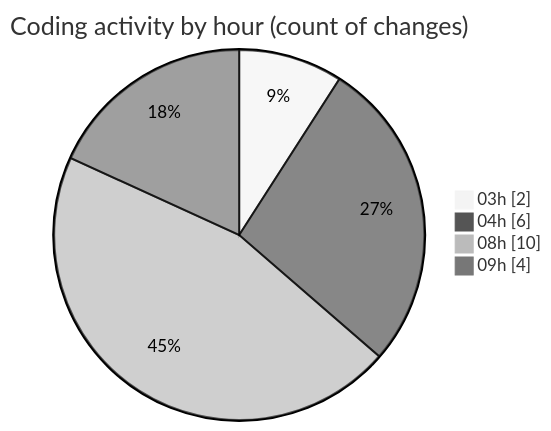
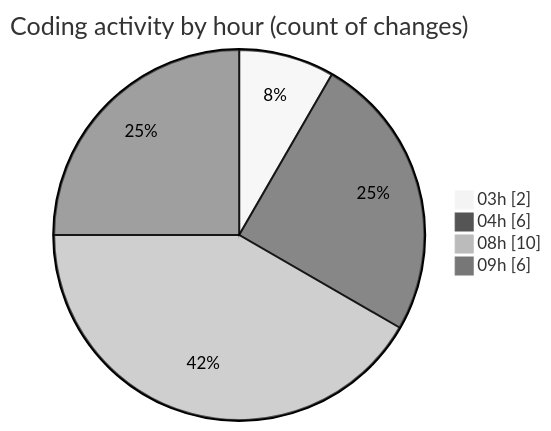
Before and after one commit to tmsrecording-cyber/code-tracking: the second of 2 diagrams in 2026-02-07/singularitybrainai/README.md, drawn with Mermaid (neutral theme). The commit also changed other lines of this file and 1 other file, not shown here.

````diff
--- a/2026-02-07/singularitybrainai/README.md
+++ b/2026-02-07/singularitybrainai/README.md
@@ -34,8 +35,8 @@
 ```mermaid
 pie showData
 title Coding activity by hour (count of changes)
 "03h" : 2
 "04h" : 6
 "08h" : 10
-"09h" : 4
+"09h" : 6
 ```
````
